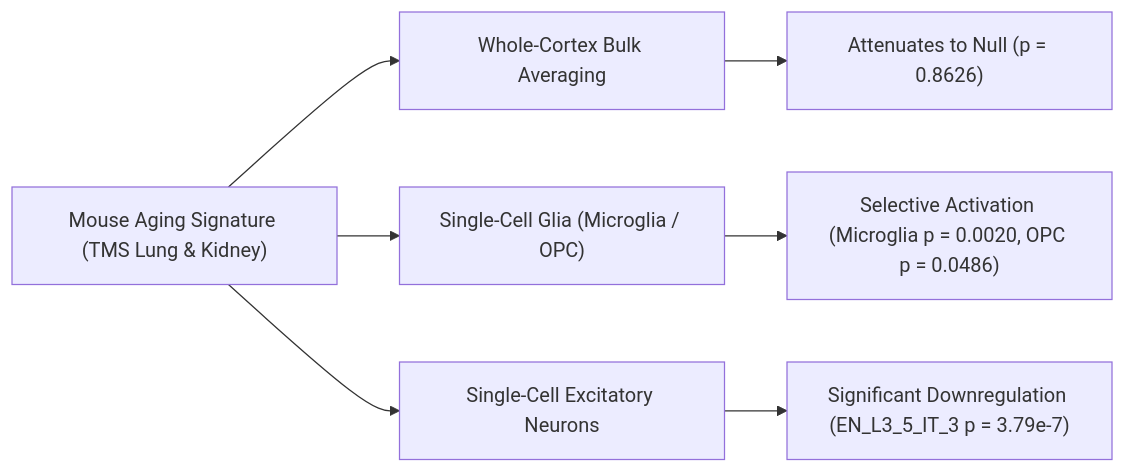
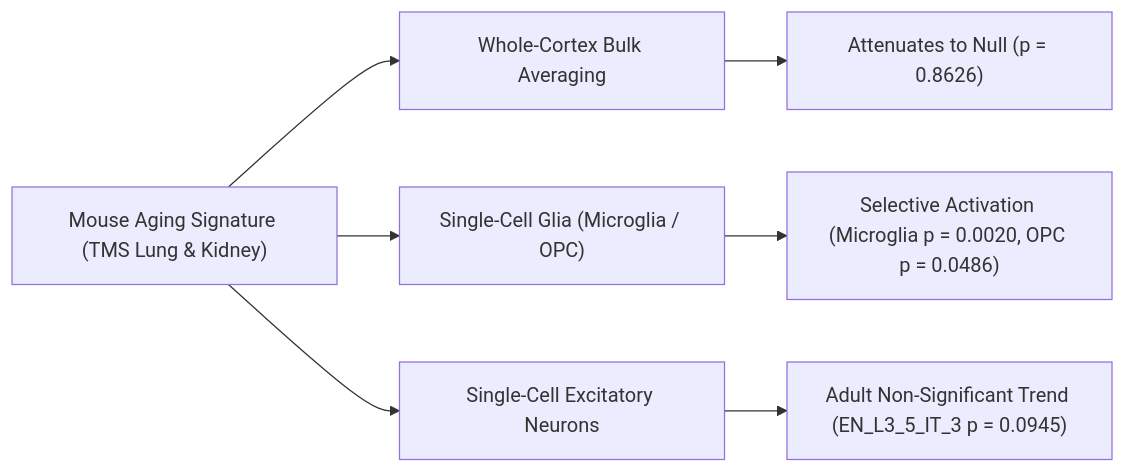
The first of 2 diagrams in report/manuscript-aging-mechanisms.md (Abolfazl-Alipour/agescape), drawn with Mermaid before and after one commit. The commit also changed other lines of this file and 23 other files, not shown here.

````diff
--- a/report/manuscript-aging-mechanisms.md
+++ b/report/manuscript-aging-mechanisms.md
@@ -49,9 +47,9 @@
 ```mermaid
 flowchart LR
     A["Mouse Aging Signature (TMS Lung & Kidney)"] --> B["Whole-Cortex Bulk Averaging"]
     A --> C["Single-Cell Glia (Microglia / OPC)"]
     A --> D["Single-Cell Excitatory Neurons"]
     B --> E["Attenuates to Null (p = 0.8626)"]
     C --> F["Selective Activation (Microglia p = 0.0020, OPC p = 0.0486)"]
-    D --> G["Significant Downregulation (EN_L3_5_IT_3 p = 3.79e-7)"]
+    D --> G["Adult Non-Significant Trend (EN_L3_5_IT_3 p = 0.0945)"]
 ```
````
